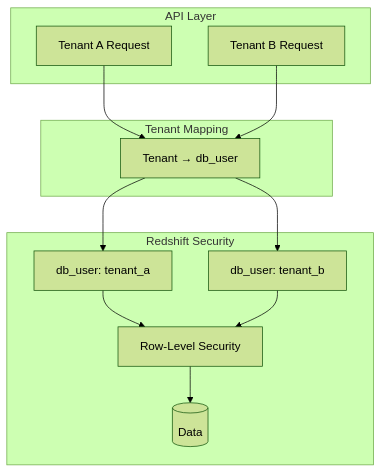
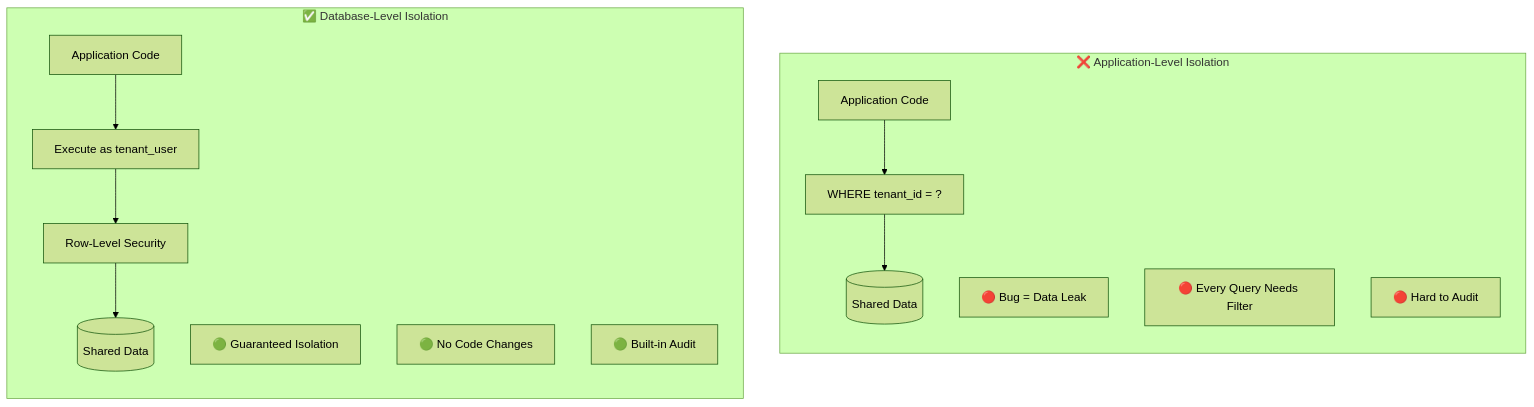
One commit to zhiweio/redshift-spectra changed the first of 10 diagrams in docs/concepts/multi-tenancy.md. Above: the diagram before and after it, drawn with Mermaid (forest theme). The commit also changed other lines of this file and 15 other files, not shown here.

````diff
--- a/docs/concepts/multi-tenancy.md
+++ b/docs/concepts/multi-tenancy.md
@@ -13,26 +9,23 @@
 ```mermaid
 flowchart TB
-    subgraph API["API Layer"]
-        REQ1[Tenant A Request]
-        REQ2[Tenant B Request]
+    subgraph AppLevel["❌ Application-Level Isolation"]
+        direction TB
+        APP1[Application Code] --> FILTER[WHERE tenant_id = ?]
+        FILTER --> DATA1[(Shared Data)]
+        
+        RISK1[🔴 Bug = Data Leak]
+        RISK2[🔴 Every Query Needs Filter]
+        RISK3[🔴 Hard to Audit]
     end
     
-    subgraph Mapping["Tenant Mapping"]
-        MAP[Tenant → db_user]
+    subgraph DBLevel["✅ Database-Level Isolation"]
+        direction TB
+        APP2[Application Code] --> USER[Execute as tenant_user]
+        USER --> RLS[Row-Level Security]
+        RLS --> DATA2[(Shared Data)]
+        
+        SAFE1[🟢 Guaranteed Isolation]
+        SAFE2[🟢 No Code Changes]
+        SAFE3[🟢 Built-in Audit]
     end
-    
-    subgraph Redshift["Redshift Security"]
-        USER_A[db_user: tenant_a]
-        USER_B[db_user: tenant_b]
-        RLS[Row-Level Security]
-        DATA[(Data)]
-    end
-    
-    REQ1 --> MAP
-    REQ2 --> MAP
-    MAP --> USER_A
-    MAP --> USER_B
-    USER_A --> RLS
-    USER_B --> RLS
-    RLS --> DATA
 ```
````
